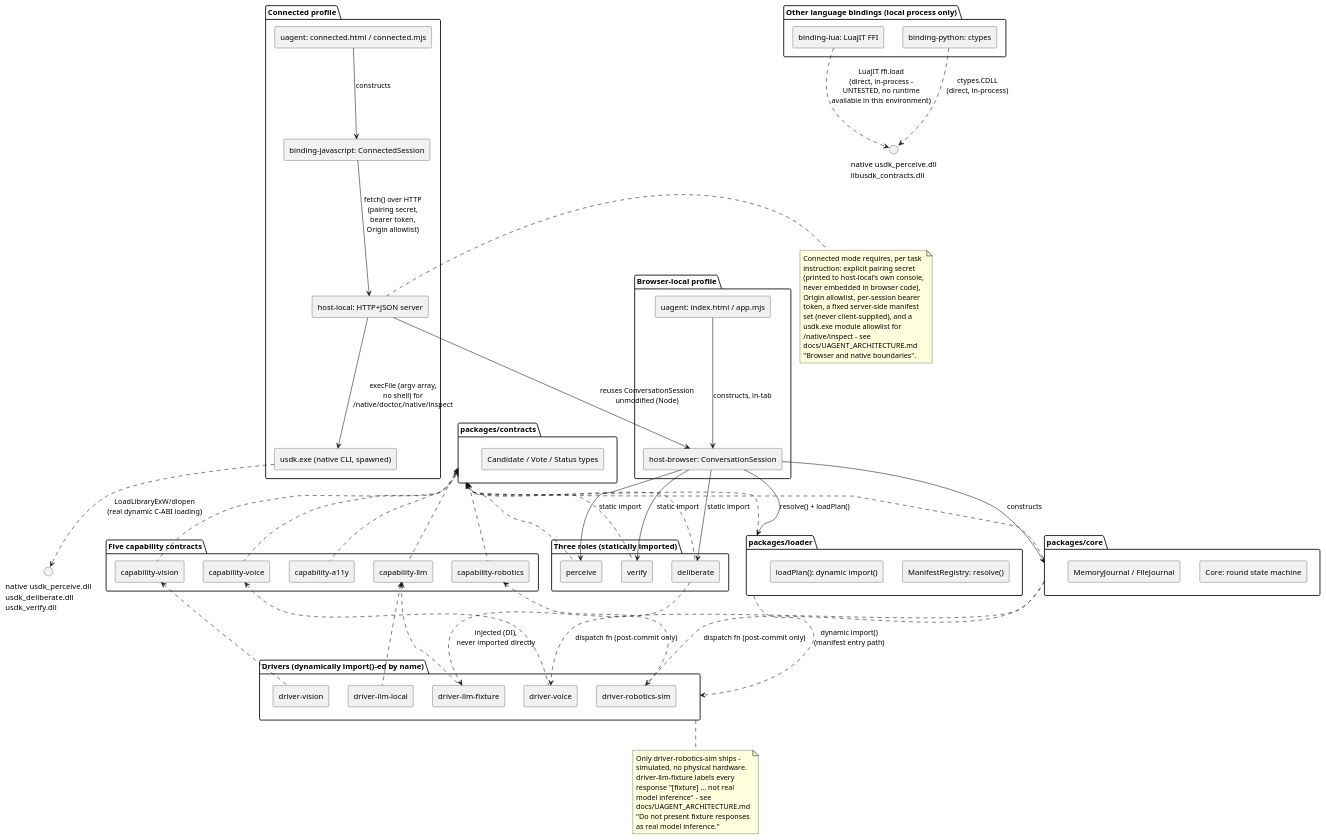
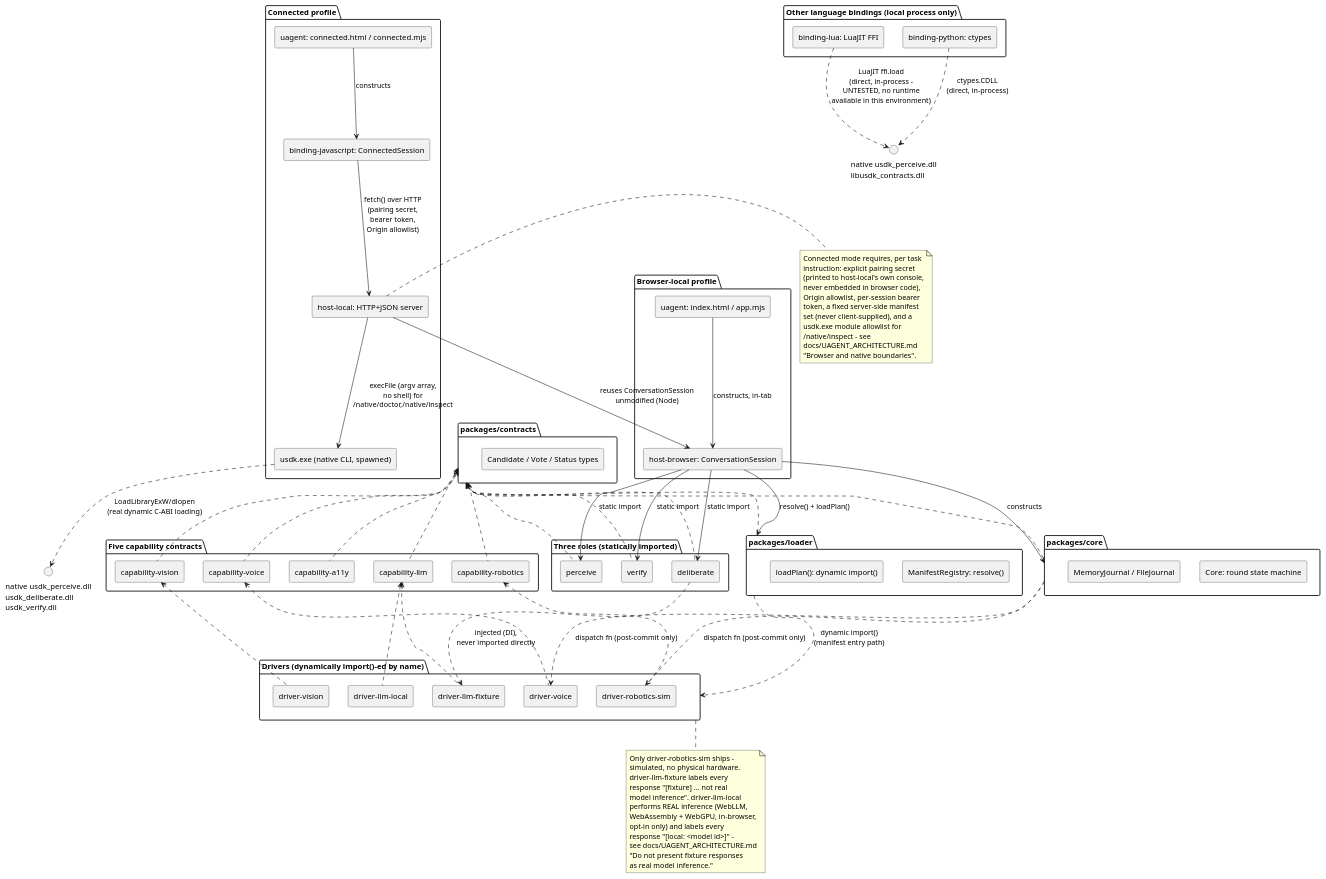
Before and after one commit to obinexus/usdk: the diagram in docs/diagrams/usdk_uagent_components.puml, drawn with PlantUML. The commit also changed 11 other files, not shown here.

```diff
--- a/docs/diagrams/usdk_uagent_components.puml
+++ b/docs/diagrams/usdk_uagent_components.puml
@@ -1,137 +1,141 @@
 @startuml usdk_uagent_components
 ' Reconciles the task-supplied starting architecture (five capabilities -
 ' LLM, voice, vision, accessibility, robotics - dynamically loaded inside
 ' a browser environment, connected to a core system) with the actual
 ' package names, dependency edges, and loading mechanism as built - see
 ' docs/UAGENT_ARCHITECTURE.md and docs/UAGENT_PACKAGES.md for the prose
 ' this diagram summarizes. The two-role split below (host-browser vs.
 ' host-local) and the dynamic-vs-static-import distinction are new
 ' engineering for this project, not present in the original prompt's
 ' component sketch, which did not distinguish an execution profile.
 '
 ' RENDERING UNVERIFIED: no local PlantUML CLI or plantuml.jar+Java was
 ' found anywhere in this environment (checked directly - see
 ' docs/VALIDATION.md); per this task's own instruction, this .puml
 ' source ships as-is rather than downloading rendering tooling.
 
 skinparam componentStyle rectangle
 skinparam backgroundColor white
 
 package "packages/contracts" as contracts {
   [Candidate / Vote / Status types]
 }
 
 package "packages/core" as core {
   [Core: round state machine]
   [MemoryJournal / FileJournal]
 }
 
 package "packages/loader" as loader {
   [ManifestRegistry: resolve()]
   [loadPlan(): dynamic import()]
 }
 
 package "Three roles (statically imported)" {
   [perceive] as perceive
   [deliberate] as deliberate
   [verify] as verify
 }
 
 package "Five capability contracts" {
   [capability-llm]
   [capability-voice]
   [capability-vision]
   [capability-a11y]
   [capability-robotics]
 }
 
 package "Drivers (dynamically import()-ed by name)" as drivers {
   [driver-llm-fixture]
   [driver-llm-local]
   [driver-voice]
   [driver-vision]
   [driver-robotics-sim]
 }
 
 package "Browser-local profile" {
   [host-browser: ConversationSession] as hostbrowser
   [uagent: index.html / app.mjs] as uagentbrowserlocal
 }
 
 package "Connected profile" {
   [host-local: HTTP+JSON server] as hostlocal
   [binding-javascript: ConnectedSession] as bindingjs
   [uagent: connected.html / connected.mjs] as uagentconnected
   [usdk.exe (native CLI, spawned)] as usdkexe
 }
 
 package "Other language bindings (local process only)" {
   [binding-python: ctypes] as bindingpy
   [binding-lua: LuaJIT FFI] as bindinglua
 }
 
 contracts <.. core
 contracts <.. loader
 contracts <.. perceive
 contracts <.. deliberate
 contracts <.. verify
 contracts <.. "capability-llm"
 contracts <.. "capability-voice"
 contracts <.. "capability-vision"
 contracts <.. "capability-a11y"
 contracts <.. "capability-robotics"
 
 "capability-llm" <.. "driver-llm-fixture"
 "capability-llm" <.. "driver-llm-local"
 "capability-voice" <.. "driver-voice"
 "capability-vision" <.. "driver-vision"
 "capability-robotics" <.. "driver-robotics-sim"
 
 hostbrowser --> core : constructs
 hostbrowser --> loader : resolve() + loadPlan()
 hostbrowser --> perceive : static import
 hostbrowser --> deliberate : static import
 hostbrowser --> verify : static import
 loader ..> drivers : dynamic import()\n(manifest entry path)
 deliberate ..> "driver-llm-fixture" : injected (DI),\nnever imported directly
 core ..> "driver-voice" : dispatch fn (post-commit only)
 core ..> "driver-robotics-sim" : dispatch fn (post-commit only)
 
 uagentbrowserlocal --> hostbrowser : constructs, in-tab
 
 hostlocal --> hostbrowser : reuses ConversationSession\nunmodified (Node)
 hostlocal --> usdkexe : execFile (argv array,\nno shell) for\n/native/doctor,/native/inspect
 bindingjs --> hostlocal : fetch() over HTTP\n(pairing secret,\nbearer token,\nOrigin allowlist)
 uagentconnected --> bindingjs : constructs
 
 usdkexe ..> "native usdk_perceive.dll\nusdk_deliberate.dll\nusdk_verify.dll" : LoadLibraryExW/dlopen\n(real dynamic C-ABI loading)
 
 bindingpy ..> "native usdk_perceive.dll\nlibusdk_contracts.dll" : ctypes.CDLL\n(direct, in-process)
 bindinglua ..> "native usdk_perceive.dll\nlibusdk_contracts.dll" : LuaJIT ffi.load\n(direct, in-process -\nUNTESTED, no runtime\navailable in this environment)
 
 note right of hostlocal
   Connected mode requires, per task
   instruction: explicit pairing secret
   (printed to host-local's own console,
   never embedded in browser code),
   Origin allowlist, per-session bearer
   token, a fixed server-side manifest
   set (never client-supplied), and a
   usdk.exe module allowlist for
   /native/inspect - see
   docs/UAGENT_ARCHITECTURE.md
   "Browser and native boundaries".
 end note
 
 note bottom of drivers
   Only driver-robotics-sim ships -
   simulated, no physical hardware.
   driver-llm-fixture labels every
   response "[fixture] ... not real
-  model inference" - see
-  docs/UAGENT_ARCHITECTURE.md
+  model inference". driver-llm-local
+  performs REAL inference (WebLLM,
+  WebAssembly + WebGPU, in-browser,
+  opt-in only) and labels every
+  response "[local: <model id>]" -
+  see docs/UAGENT_ARCHITECTURE.md
   "Do not present fixture responses
   as real model inference."
 end note
 
 @enduml
```
